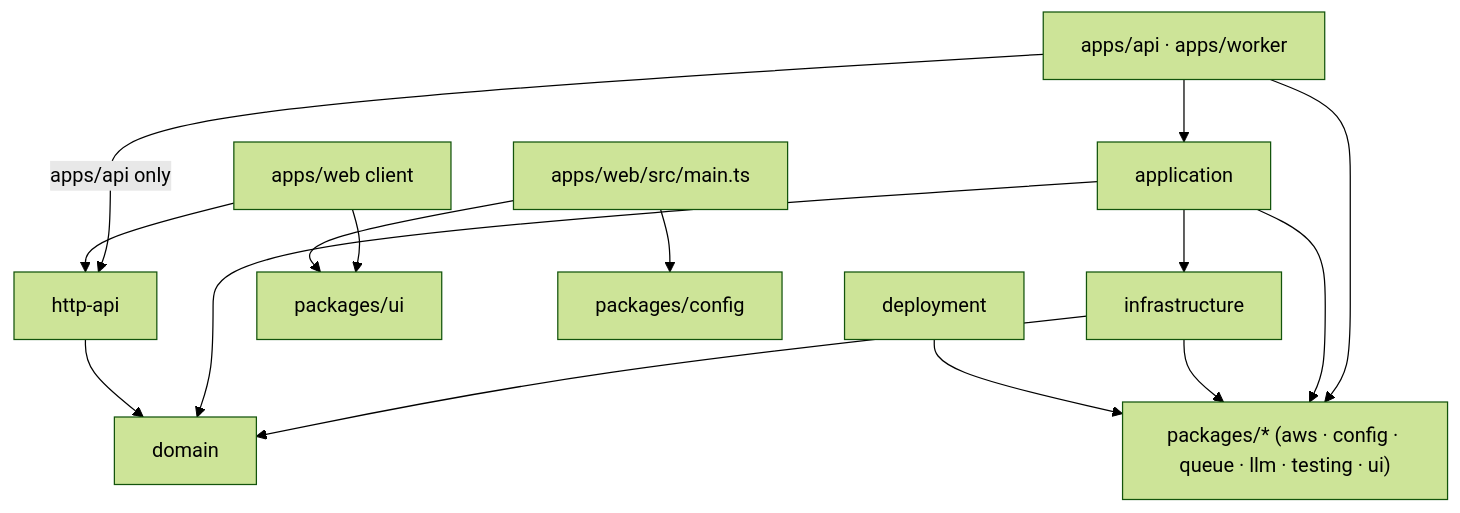
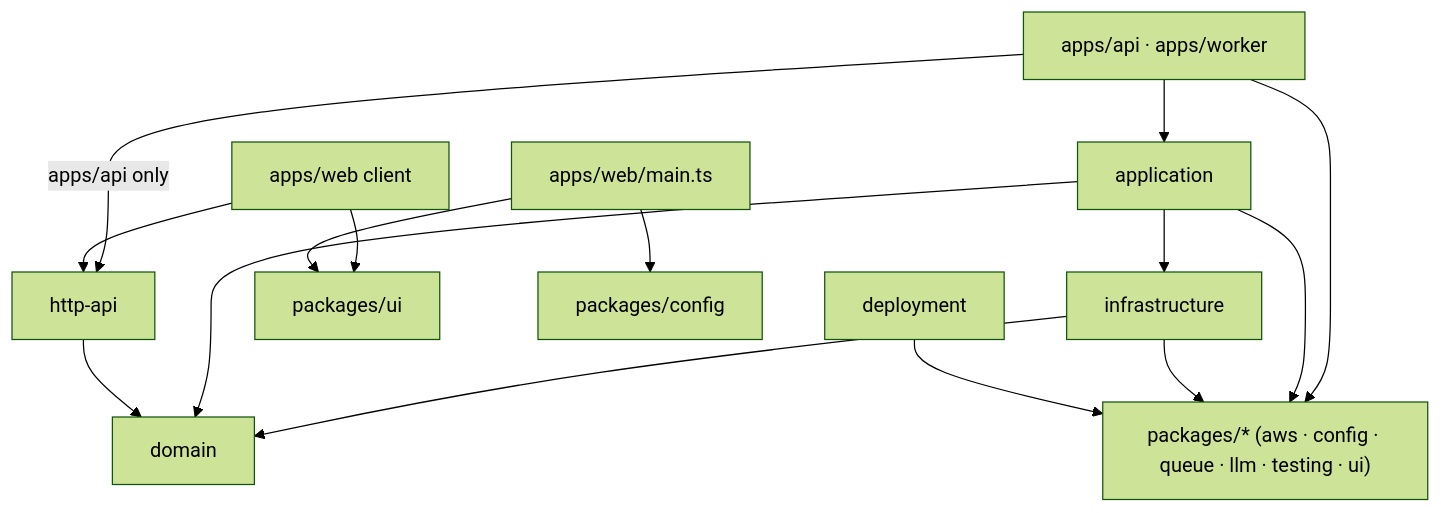
One commit to khotei/app-template changed the diagram in docs/knowledge/architecture.md. Above: the diagram before and after it, drawn with Mermaid (forest theme). The commit also changed other lines of this file and 29 other files, not shown here.

First line of the commit message:
:recycle: refactor(architecture-audit): Drop src/ from the three apps

````diff
--- a/docs/knowledge/architecture.md
+++ b/docs/knowledge/architecture.md
@@ -9,17 +9,17 @@
 ```mermaid
 graph TD
   apps["apps/api · apps/worker"] --> application
   application --> infrastructure
   infrastructure --> domain
   application --> domain
   apps -->|"apps/api only"| httpApi["http-api"]
   httpApi --> domain
   apps --> packages["packages/* (aws · config · queue · llm · testing · ui)"]
   application --> packages
   infrastructure --> packages
   web["apps/web client"] --> httpApi
   web --> ui["packages/ui"]
-  webMain["apps/web/src/main.ts"] --> ui
+  webMain["apps/web/main.ts"] --> ui
   webMain --> config["packages/config"]
   deployment --> packages
 ```
````
